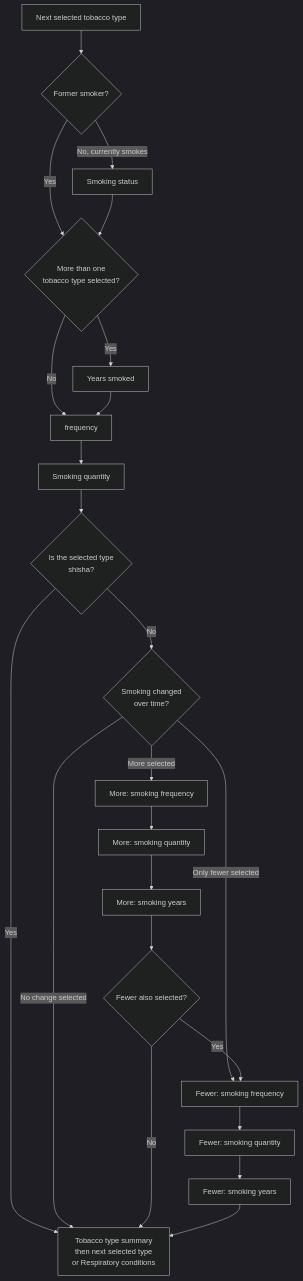
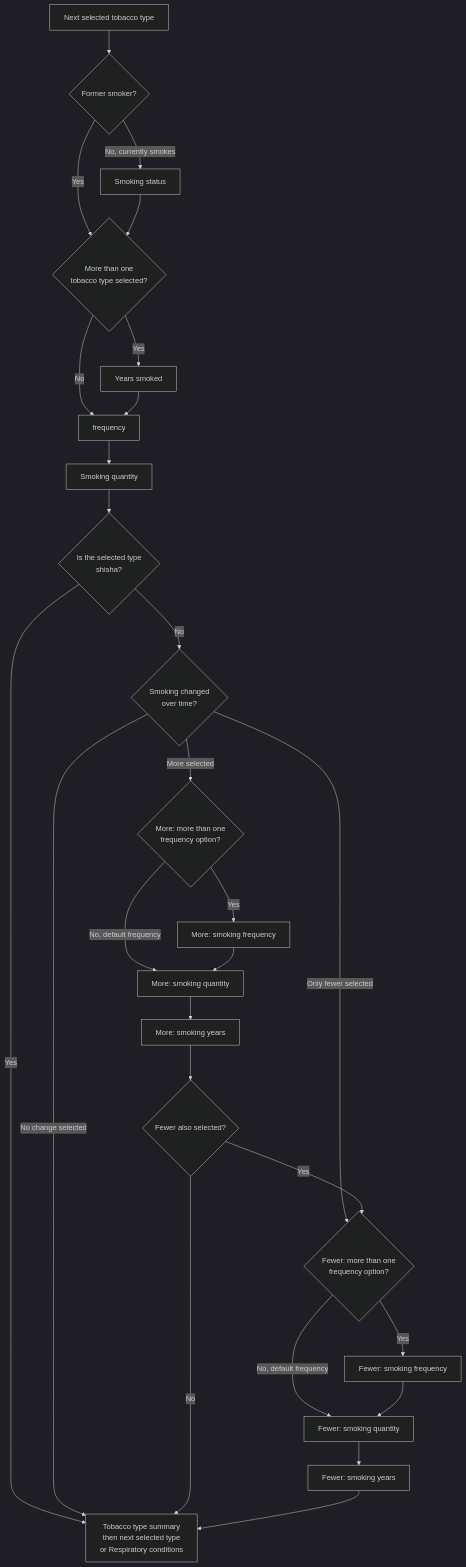
The second of 2 diagrams in app/prototype_v4_4/docs/question-flow.md (NHSDigital/prototype-lung-health-check), drawn with Mermaid (dark theme) before and after one commit. The commit also changed other lines of this file, not shown here.

Commit message:
Update flow chart

````diff
--- a/app/prototype_v4_4/docs/question-flow.md
+++ b/app/prototype_v4_4/docs/question-flow.md
@@ -72,31 +72,35 @@
 ```mermaid
 flowchart TD
   selectedType["Next selected tobacco type"] --> formerSmoker{"Former smoker?"}
 
   formerSmoker -- No, currently smokes --> status["Smoking status"]
   formerSmoker -- Yes --> multipleTypes{"More than one<br>tobacco type selected?"}
   status --> multipleTypes
   multipleTypes -- Yes --> yearsSmoked["Years smoked"]
   multipleTypes -- No --> frequency
   yearsSmoked --> frequency
   frequency --> quantity["Smoking quantity"]
 
   quantity --> isShisha{"Is the selected type<br>shisha?"}
   isShisha -- Yes --> nextTypeOrCya
   isShisha -- No --> changed{"Smoking changed<br>over time?"}
 
   changed -- No change selected --> nextTypeOrCya
-  changed -- More selected --> moreFrequency["More: smoking frequency"]
-  moreFrequency --> moreQuantity["More: smoking quantity"]
+  changed -- More selected --> moreFrequencyNeeded{"More: more than one<br>frequency option?"}
+  moreFrequencyNeeded -- Yes --> moreFrequency["More: smoking frequency"]
+  moreFrequencyNeeded -- No, default frequency --> moreQuantity["More: smoking quantity"]
+  moreFrequency --> moreQuantity
   moreQuantity --> moreYears["More: smoking years"]
   moreYears --> fewerSelected{"Fewer also selected?"}
 
-  changed -- Only fewer selected --> fewerFrequency["Fewer: smoking frequency"]
-  fewerSelected -- Yes --> fewerFrequency
+  changed -- Only fewer selected --> fewerFrequencyNeeded{"Fewer: more than one<br>frequency option?"}
+  fewerSelected -- Yes --> fewerFrequencyNeeded
   fewerSelected -- No --> nextTypeOrCya
+  fewerFrequencyNeeded -- Yes --> fewerFrequency["Fewer: smoking frequency"]
+  fewerFrequencyNeeded -- No, default frequency --> fewerQuantity["Fewer: smoking quantity"]
   fewerFrequency --> fewerQuantity["Fewer: smoking quantity"]
   fewerQuantity --> fewerYears["Fewer: smoking years"]
   fewerYears --> nextTypeOrCya
 
   nextTypeOrCya["Tobacco type summary<br>then next selected type<br>or Respiratory conditions"]
 ```
````
